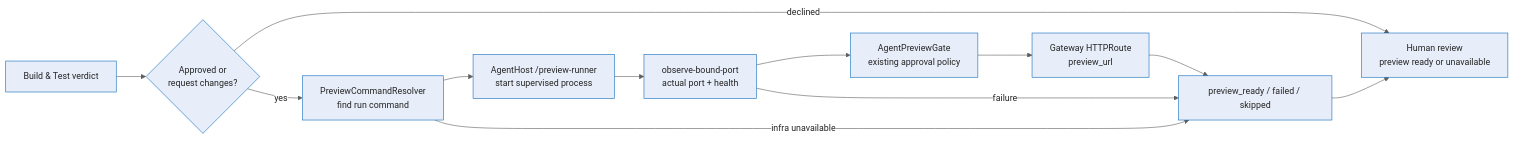
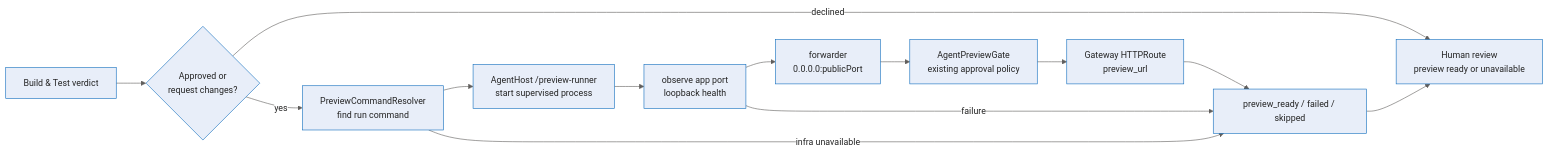
Before and after one commit to sabbour/agentweaver: the diagram in docs/deep-dive/live-preview-provisioning.md, drawn with Mermaid. The commit also changed other lines of this file and 20 other files, not shown here.

````diff
--- a/docs/deep-dive/live-preview-provisioning.md
+++ b/docs/deep-dive/live-preview-provisioning.md
@@ -9,19 +9,20 @@
 ```mermaid
 %%{init: {'theme':'base','themeVariables':{'fontFamily':'Segoe UI, system-ui, -apple-system, sans-serif','fontSize':'15px','primaryColor':'#E8EEF9','primaryBorderColor':'#0F6CBD','primaryTextColor':'#242424','lineColor':'#605E5C','clusterBkg':'#FAF9F8','clusterBorder':'#D2D0CE','edgeLabelBackground':'#FFFFFF'}}}%%
 flowchart LR
     Gate[Build & Test verdict]
     Check{Approved or<br/>request changes?}
     Resolve[PreviewCommandResolver<br/>find run command]
     Runner[AgentHost /preview-runner<br/>start supervised process]
-    Port[observe-bound-port<br/>actual port + health]
+    Port[observe app port<br/>loopback health]
+    Forward[forwarder<br/>0.0.0.0:publicPort]
     Approval[AgentPreviewGate<br/>existing approval policy]
     Route[Gateway HTTPRoute<br/>preview_url]
     Outcome[preview_ready / failed / skipped]
     Review[Human review<br/>preview ready or unavailable]
 
     Gate --> Check
     Check -- declined --> Review
-    Check -- yes --> Resolve --> Runner --> Port --> Approval --> Route --> Outcome --> Review
+    Check -- yes --> Resolve --> Runner --> Port --> Forward --> Approval --> Route --> Outcome --> Review
     Resolve -- infra unavailable --> Outcome
     Port -- failure --> Outcome
 ```
````
